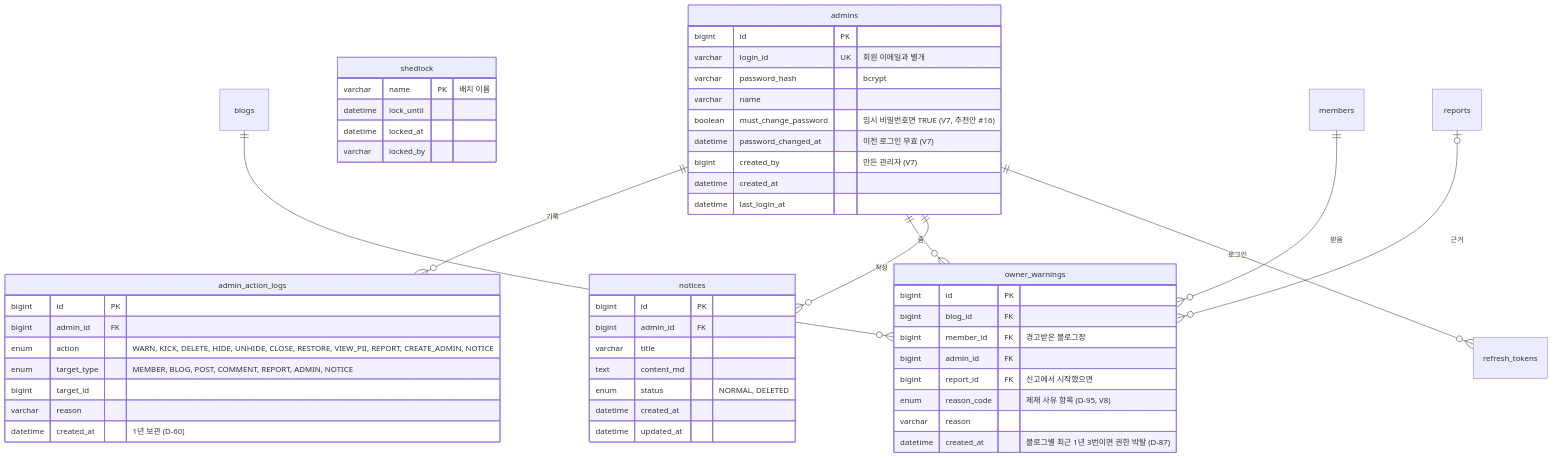
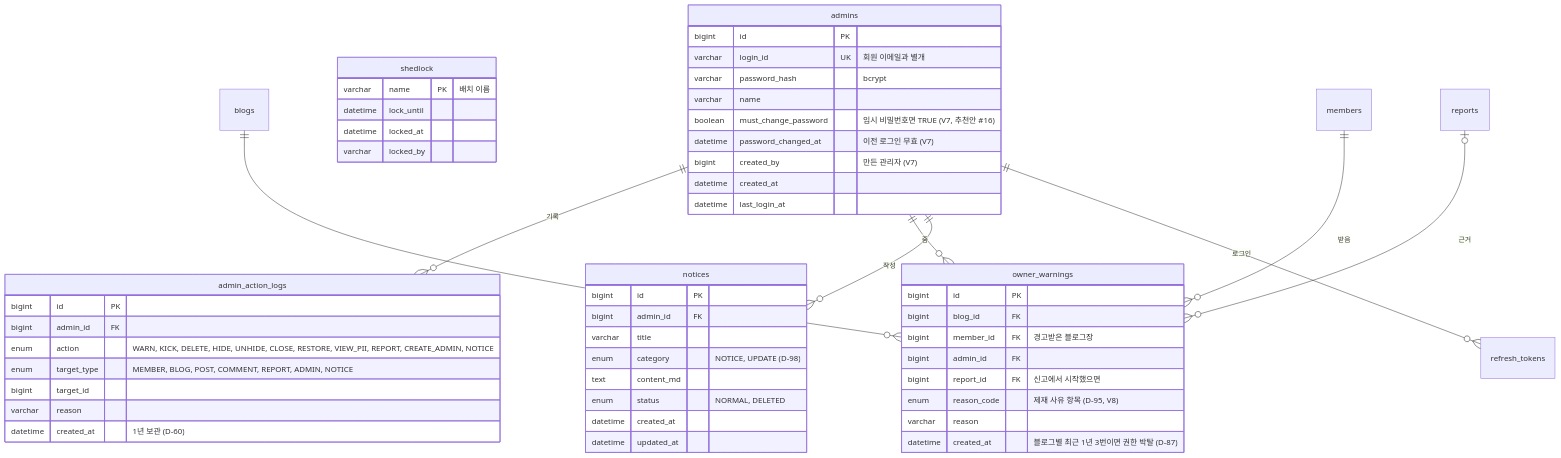
One commit to blogNM/blogproject changed the sixth of 6 diagrams in docs/04-design/ERD.md. Above: the diagram before and after it, drawn with Mermaid. The commit also changed 20 other files, not shown here.

````diff
--- a/docs/04-design/ERD.md
+++ b/docs/04-design/ERD.md
@@ -452,56 +452,57 @@
 ```mermaid
 erDiagram
     admins {
         bigint id PK
         varchar login_id UK "회원 이메일과 별개"
         varchar password_hash "bcrypt"
         varchar name
         boolean must_change_password "임시 비밀번호면 TRUE (V7, 추천안 #16)"
         datetime password_changed_at "이전 로그인 무효 (V7)"
         bigint created_by "만든 관리자 (V7)"
         datetime created_at
         datetime last_login_at
     }
     admin_action_logs {
         bigint id PK
         bigint admin_id FK
         enum action "WARN, KICK, DELETE, HIDE, UNHIDE, CLOSE, RESTORE, VIEW_PII, REPORT, CREATE_ADMIN, NOTICE"
         enum target_type "MEMBER, BLOG, POST, COMMENT, REPORT, ADMIN, NOTICE"
         bigint target_id
         varchar reason
         datetime created_at "1년 보관 (D-60)"
     }
     owner_warnings {
         bigint id PK
         bigint blog_id FK
         bigint member_id FK "경고받은 블로그장"
         bigint admin_id FK
         bigint report_id FK "신고에서 시작했으면"
         enum reason_code "제재 사유 항목 (D-95, V8)"
         varchar reason
         datetime created_at "블로그별 최근 1년 3번이면 권한 박탈 (D-87)"
     }
     notices {
         bigint id PK
         bigint admin_id FK
         varchar title
+        enum category "NOTICE, UPDATE (D-98)"
         text content_md
         enum status "NORMAL, DELETED"
         datetime created_at
         datetime updated_at
     }
     shedlock {
         varchar name PK "배치 이름"
         datetime lock_until
         datetime locked_at
         varchar locked_by
     }
 
     admins ||--o{ admin_action_logs : "기록"
     admins ||--o{ owner_warnings : "줌"
     blogs ||--o{ owner_warnings : ""
     members ||--o{ owner_warnings : "받음"
     reports |o--o{ owner_warnings : "근거"
     admins ||--o{ notices : "작성"
     admins ||--o{ refresh_tokens : "로그인"
 ```
````
